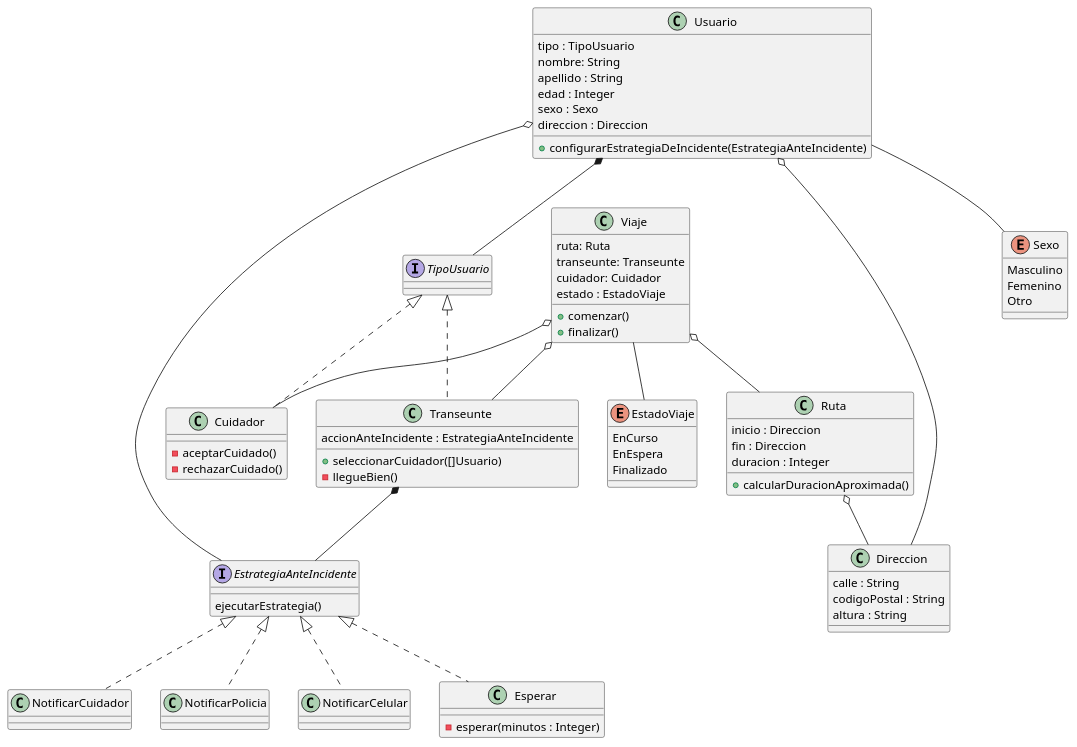
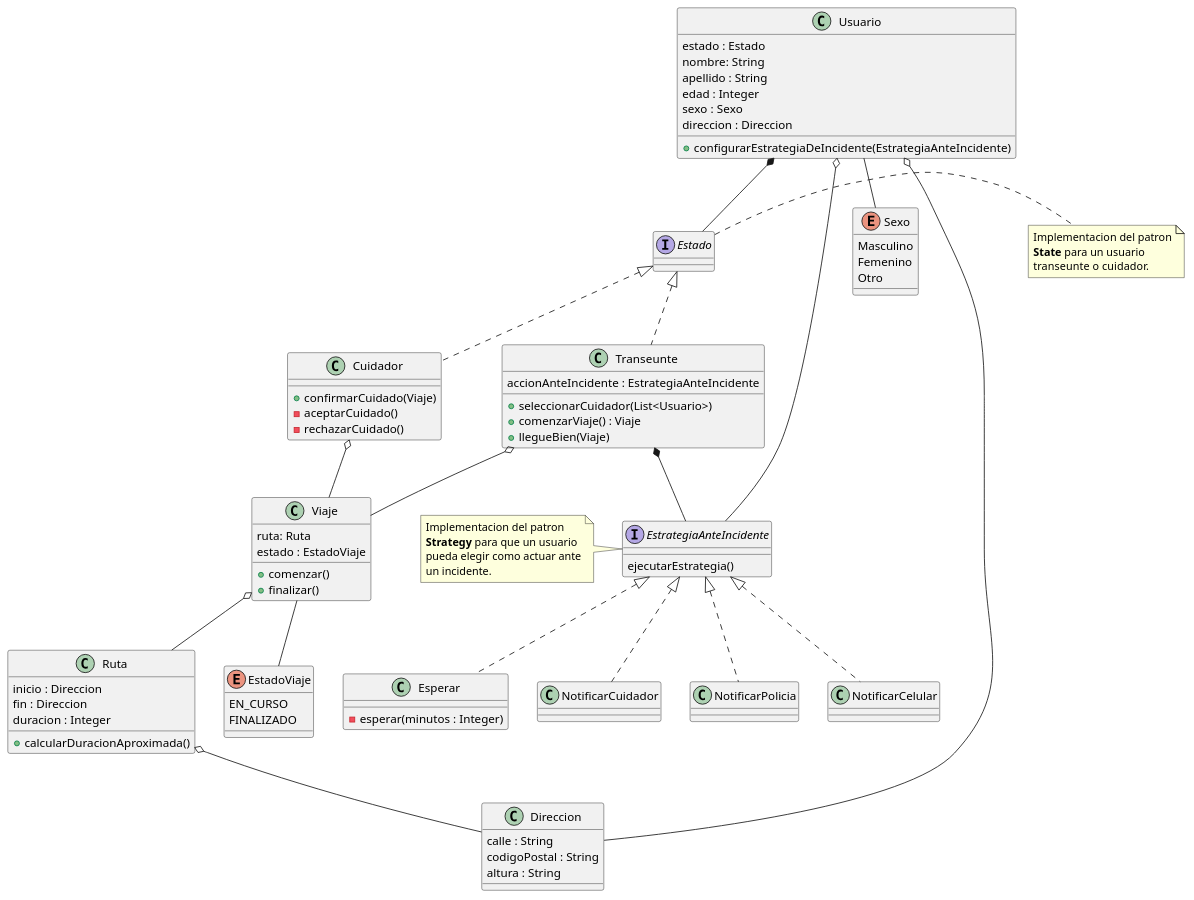
One commit to nachoberaza/practica-dds-cuidandonos changed the diagram in docs/diagrams/class_diagram.puml. Above: the diagram before and after it, drawn with PlantUML. The commit also changed 1 other file, not shown here.

Commit message:
Working on class diagram v2.

```diff
--- a/docs/diagrams/class_diagram.puml
+++ b/docs/diagrams/class_diagram.puml
@@ -1,100 +1,111 @@
 @startuml
 class Usuario{
-    tipo : TipoUsuario
+    estado : Estado
     nombre: String
     apellido : String
     edad : Integer
     sexo : Sexo
     direccion : Direccion
     + configurarEstrategiaDeIncidente(EstrategiaAnteIncidente)
 }
 
 enum Sexo{
     Masculino
     Femenino
     Otro
 }
 
-interface TipoUsuario{
-    'TODO: Falta definir un metodo para esta interfaz'
+interface Estado{
+    'TODO: Que metodo podria ir en esta interfaz??'
 }
+
+note right of Estado
+    Implementacion del patron
+    **State** para un usuario
+    transeunte o cuidador.
+end note
 
 class Transeunte {
     accionAnteIncidente : EstrategiaAnteIncidente
 
-    + seleccionarCuidador([]Usuario)
-    - llegueBien()
+    + seleccionarCuidador(List<Usuario>)
+    + comenzarViaje() : Viaje
+    + llegueBien(Viaje)
 }
 
 class Cuidador {
+    + confirmarCuidado(Viaje)
     - aceptarCuidado()
     - rechazarCuidado()
 }
 
 class Viaje{
     ruta: Ruta
-    transeunte: Transeunte
-    cuidador: Cuidador
     estado : EstadoViaje
     + comenzar()
     + finalizar()
 }
 
 enum EstadoViaje{
-    EnCurso
-    EnEspera
-    Finalizado
+    EN_CURSO
+    FINALIZADO
 }
 
 class Ruta{
     inicio : Direccion
     fin : Direccion
     duracion : Integer
     + calcularDuracionAproximada()
 }
 
-'Mediante esta interfaz se implementa el patron strategy para la reaccion ante incidentes'
 interface EstrategiaAnteIncidente {
     ejecutarEstrategia()
 }
+
+note left of EstrategiaAnteIncidente
+    Implementacion del patron
+    **Strategy** para que un usuario
+    pueda elegir como actuar ante
+    un incidente.
+end note
 
 class NotificarCuidador{}
 
 class NotificarPolicia{}
 
 class NotificarCelular{}
 
 'TODO: Checkear si estan bien parametrizados los minutos'
 class Esperar{
     - esperar(minutos : Integer)
 }
 
 class Direccion{
     calle : String
     codigoPostal : String
     altura : String
 }
 
-Usuario *-- TipoUsuario
+Usuario *-- Estado
 Usuario o-- Direccion
 Usuario o-- EstrategiaAnteIncidente
 Usuario -- Sexo
 
-TipoUsuario <|.. Transeunte
-TipoUsuario <|.. Cuidador
+Estado <|.. Transeunte
+Estado <|.. Cuidador
 
 Transeunte *-- EstrategiaAnteIncidente
 
 Viaje o-- Ruta
-Viaje o-- Transeunte
-Viaje o-- Cuidador
+Transeunte o-- Viaje
+Cuidador o-- Viaje
 Viaje -- EstadoViaje
 
 Ruta o-- Direccion
 
 EstrategiaAnteIncidente <|.. NotificarCuidador
 EstrategiaAnteIncidente <|.. NotificarCelular
 EstrategiaAnteIncidente <|.. NotificarPolicia
 EstrategiaAnteIncidente <|.. Esperar
 
 @enduml
```
